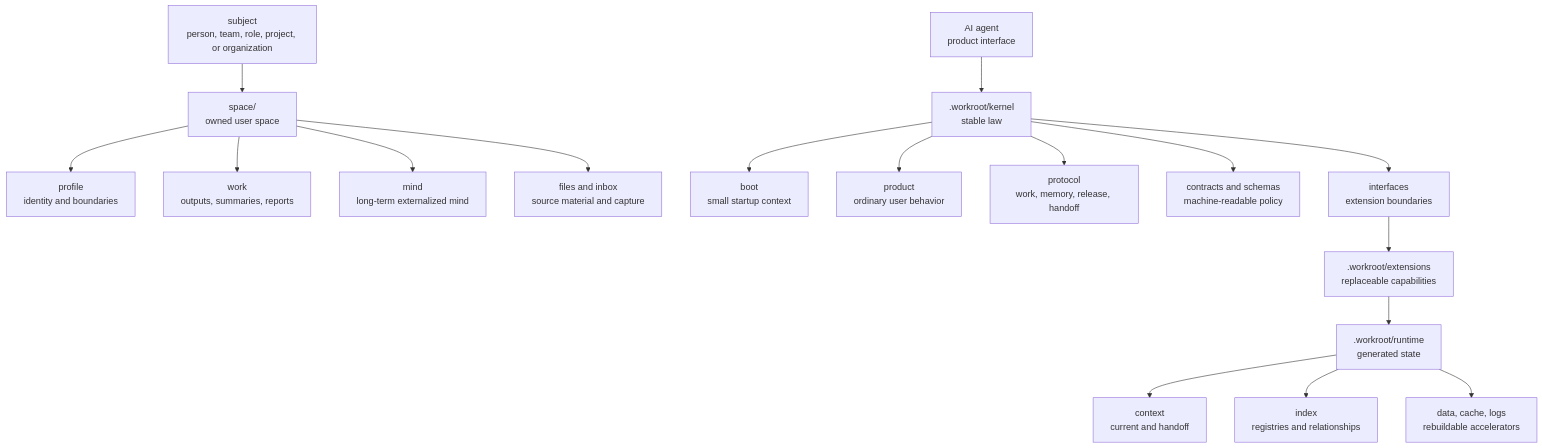
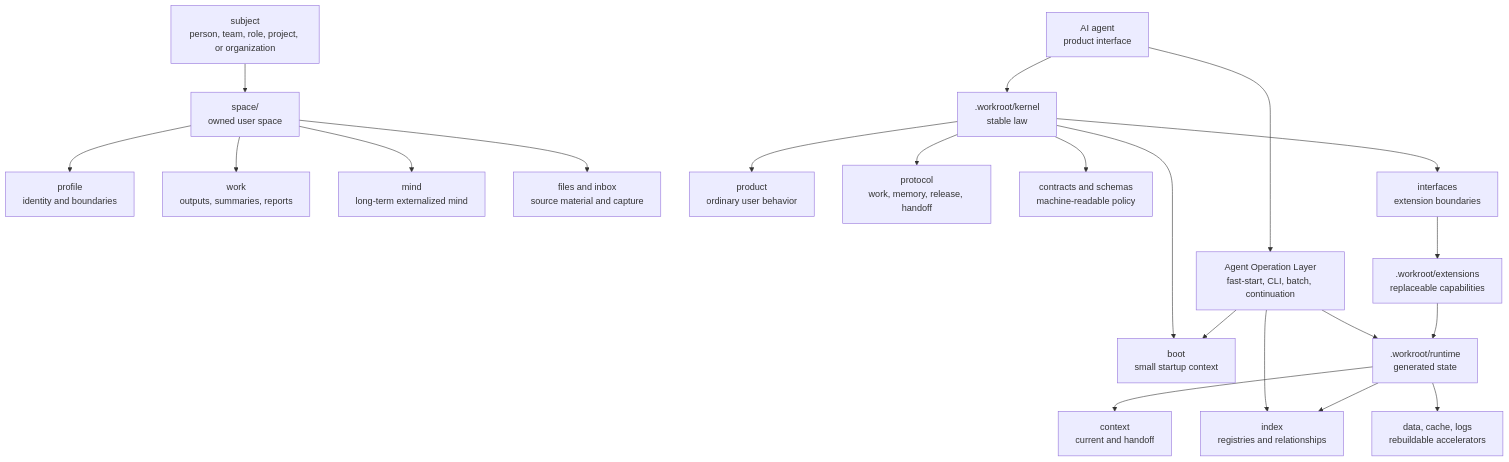
The second of 5 diagrams in docs/architecture-map.md (ai-workroot/ai-workroot), drawn with Mermaid before and after one commit. The commit also changed 16 other files, not shown here.

````diff
--- a/docs/architecture-map.md
+++ b/docs/architecture-map.md
@@ -30,21 +30,25 @@
 ```mermaid
 flowchart TB
   Human[subject<br/>person, team, role, project, or organization] --> Space[space/<br/>owned user space]
   Space --> Profile[profile<br/>identity and boundaries]
   Space --> VisibleWork[work<br/>outputs, summaries, reports]
   Space --> Mind[mind<br/>long-term externalized mind]
   Space --> Files[files and inbox<br/>source material and capture]
 
   Agent[AI agent<br/>product interface] --> Kernel[.workroot/kernel<br/>stable law]
+  Agent --> Ops[Agent Operation Layer<br/>fast-start, CLI, batch, continuation]
   Kernel --> Boot[boot<br/>small startup context]
   Kernel --> Product[product<br/>ordinary user behavior]
   Kernel --> Protocol[protocol<br/>work, memory, release, handoff]
   Kernel --> Contracts[contracts and schemas<br/>machine-readable policy]
   Kernel --> Interfaces[interfaces<br/>extension boundaries]
 
+  Ops --> Boot
+  Ops --> Registries
+  Ops --> Runtime
   Interfaces --> Extensions[.workroot/extensions<br/>replaceable capabilities]
   Extensions --> Runtime[.workroot/runtime<br/>generated state]
   Runtime --> Context[context<br/>current and handoff]
   Runtime --> Registries[index<br/>registries and relationships]
   Runtime --> Stores[data, cache, logs<br/>rebuildable accelerators]
 ```
````
